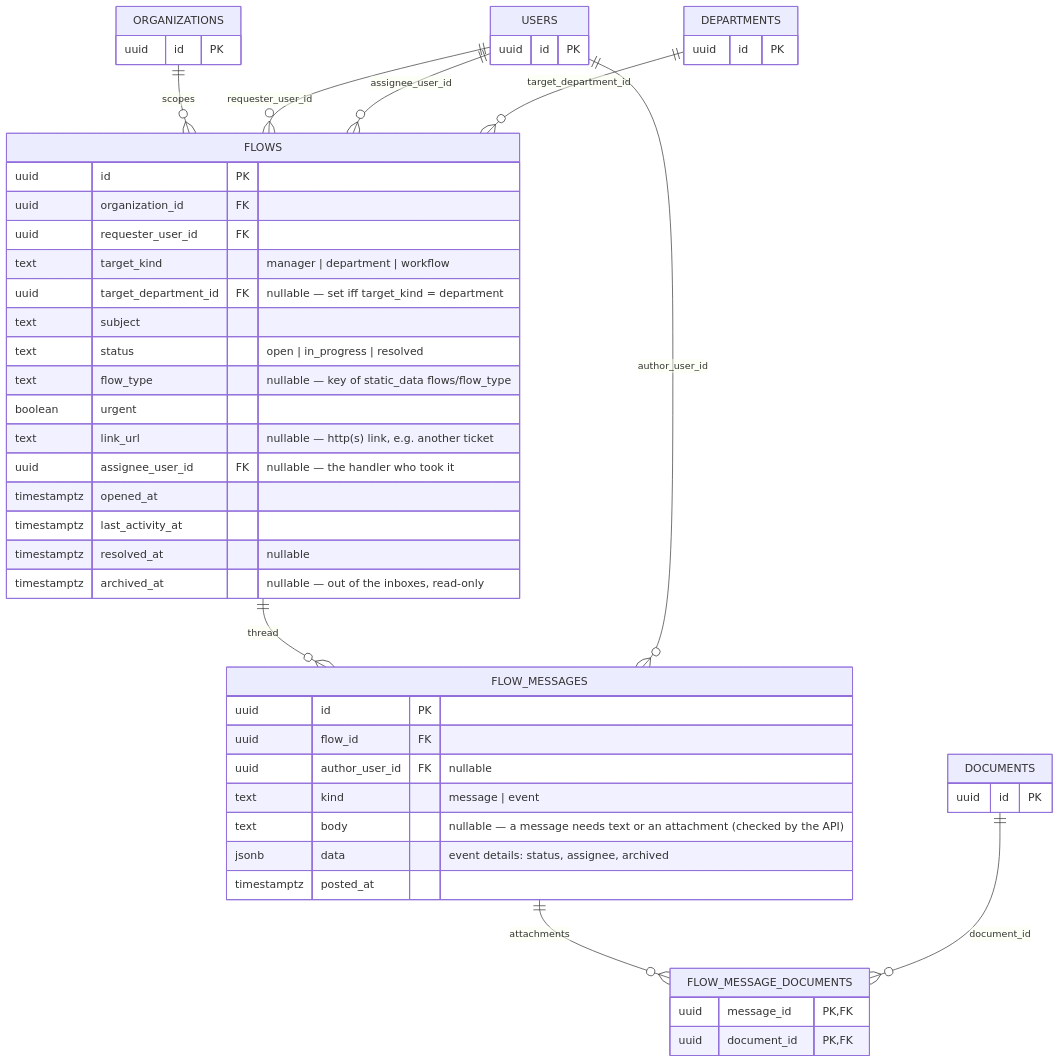
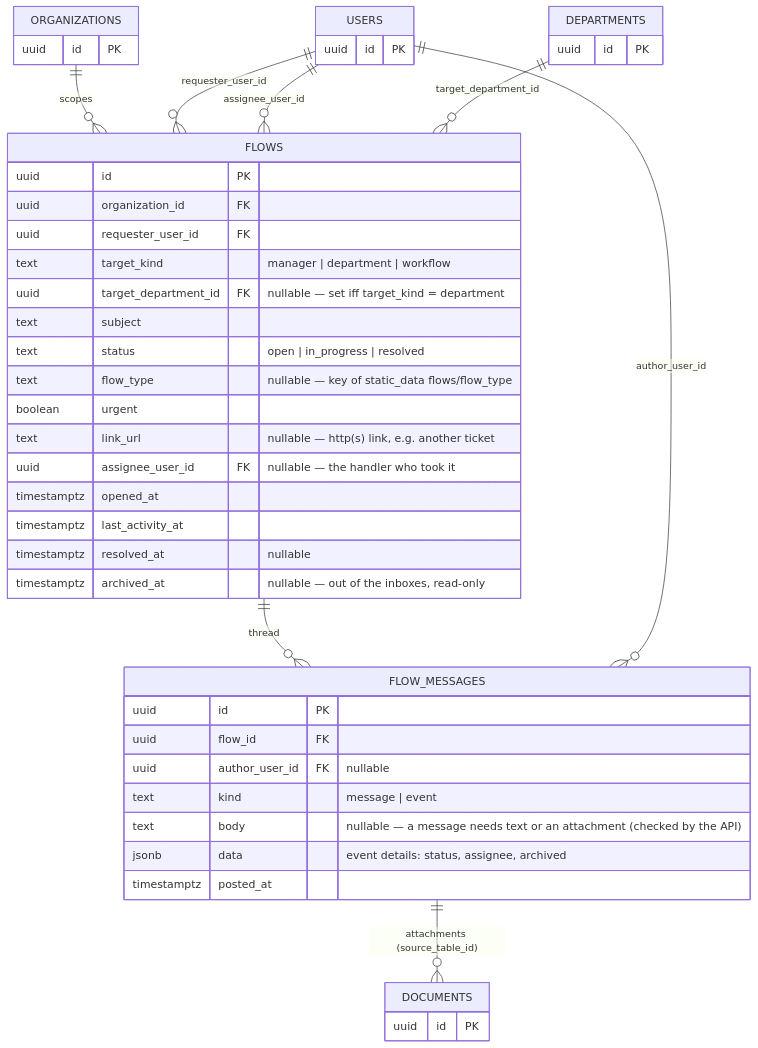
Diagram 13 of 19 in docs/DATABASE_SCHEMA.md (fporoli/apensum), drawn with Mermaid before and after one commit. The commit also changed other lines of this file and 13 other files, not shown here.

````diff
--- a/docs/DATABASE_SCHEMA.md
+++ b/docs/DATABASE_SCHEMA.md
@@ -723,46 +724,41 @@
 ```mermaid
 erDiagram
     ORGANIZATIONS ||--o{ FLOWS : "scopes"
     USERS ||--o{ FLOWS : "requester_user_id"
     USERS ||--o{ FLOWS : "assignee_user_id"
     DEPARTMENTS ||--o{ FLOWS : "target_department_id"
     FLOWS ||--o{ FLOW_MESSAGES : "thread"
-    FLOW_MESSAGES ||--o{ FLOW_MESSAGE_DOCUMENTS : "attachments"
-    DOCUMENTS ||--o{ FLOW_MESSAGE_DOCUMENTS : "document_id"
+    FLOW_MESSAGES ||--o{ DOCUMENTS : "attachments (source_table_id)"
     USERS ||--o{ FLOW_MESSAGES : "author_user_id"
 
     FLOWS {
         uuid id PK
         uuid organization_id FK
         uuid requester_user_id FK
         text target_kind "manager | department | workflow"
         uuid target_department_id FK "nullable — set iff target_kind = department"
         text subject
         text status "open | in_progress | resolved"
         text flow_type "nullable — key of static_data flows/flow_type"
         boolean urgent
         text link_url "nullable — http(s) link, e.g. another ticket"
         uuid assignee_user_id FK "nullable — the handler who took it"
         timestamptz opened_at
         timestamptz last_activity_at
         timestamptz resolved_at "nullable"
         timestamptz archived_at "nullable — out of the inboxes, read-only"
     }
     FLOW_MESSAGES {
         uuid id PK
         uuid flow_id FK
         uuid author_user_id FK "nullable"
         text kind "message | event"
         text body "nullable — a message needs text or an attachment (checked by the API)"
         jsonb data "event details: status, assignee, archived"
         timestamptz posted_at
     }
-    FLOW_MESSAGE_DOCUMENTS {
-        uuid message_id PK, FK
-        uuid document_id PK, FK
-    }
     ORGANIZATIONS { uuid id PK }
     USERS { uuid id PK }
     DEPARTMENTS { uuid id PK }
     DOCUMENTS { uuid id PK }
 ```
````
